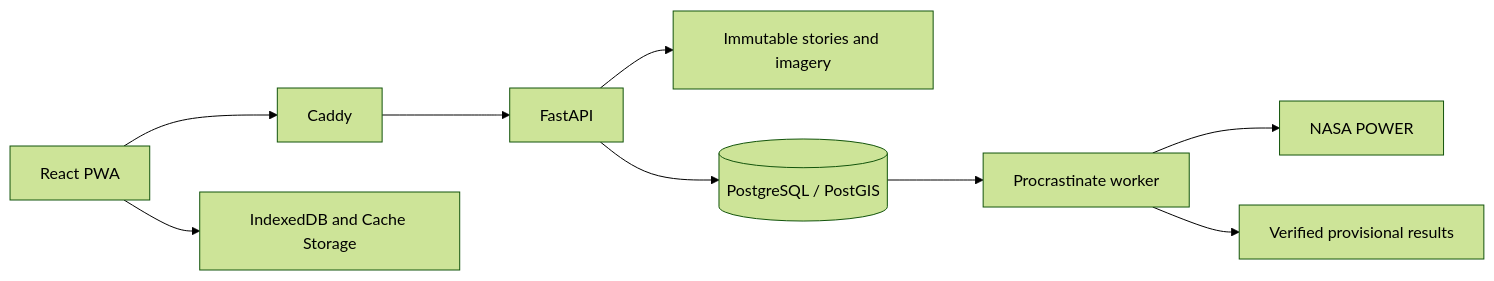
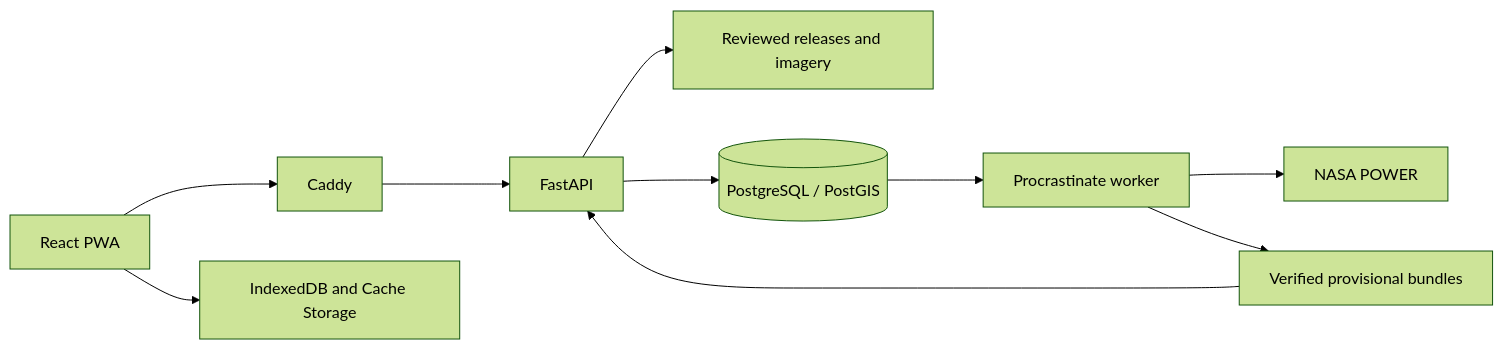
The diagram in README.md (kawsher-hridoy/my-climate-story), drawn with Mermaid (forest theme) before and after one commit. The commit also changed other lines of this file and 5 other files, not shown here.

````diff
--- a/README.md
+++ b/README.md
@@ -27,11 +90,12 @@
 ```mermaid
 flowchart LR
     Browser[React PWA] --> Gateway[Caddy]
     Gateway --> API[FastAPI]
-    API --> Releases[Immutable stories and imagery]
+    API --> Releases[Reviewed releases and imagery]
     API --> DB[(PostgreSQL / PostGIS)]
     DB --> Worker[Procrastinate worker]
     Worker --> POWER[NASA POWER]
-    Worker --> Results[Verified provisional results]
-    Browser --> Offline[IndexedDB and Cache Storage]
+    Worker --> Bundles[Verified provisional bundles]
+    Bundles --> API
+    Browser --> Local[IndexedDB and Cache Storage]
 ```
````
